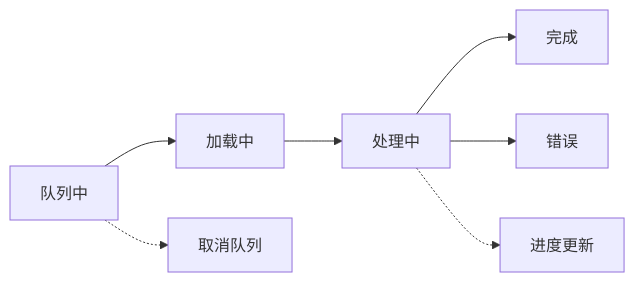
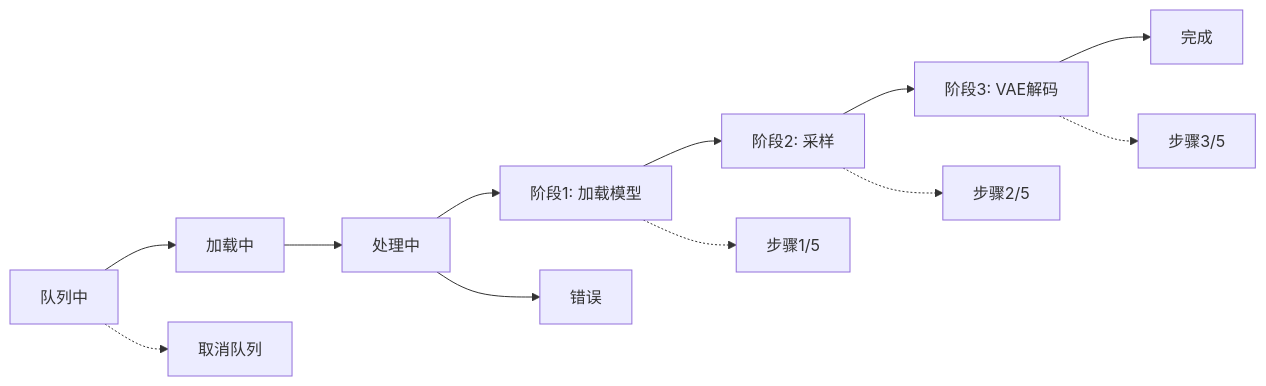
The seventh of 8 diagrams in .qoder/repowiki/zh/content/用户界面组件/核心界面组件/图片卡片组件 (ImageCard)/图片卡片组件 (ImageCard).md (billye220670/CorineKit_Pix2Real), drawn with Mermaid before and after one commit. The commit also changed other lines of this file and 13 other files, not shown here.

````diff
--- a/.qoder/repowiki/zh/content/用户界面组件/核心界面组件/图片卡片组件 (ImageCard)/图片卡片组件 (ImageCard).md
+++ b/.qoder/repowiki/zh/content/用户界面组件/核心界面组件/图片卡片组件 (ImageCard)/图片卡片组件 (ImageCard).md
@@ -330,9 +345,14 @@
 ```mermaid
 flowchart LR
 Queued[队列中] --> Loading[加载中]
 Loading --> Processing[处理中]
-Processing --> Done[完成]
+Processing --> Stage1[阶段1: 加载模型]
+Stage1 --> Stage2[阶段2: 采样]
+Stage2 --> Stage3[阶段3: VAE解码]
+Stage3 --> Done[完成]
 Processing --> Error[错误]
 Queued -.-> Cancel[取消队列]
-Processing -.-> Progress[进度更新]
+Stage1 -.-> Step1[步骤1/5]
+Stage2 -.-> Step2[步骤2/5]
+Stage3 -.-> Step3[步骤3/5]
 ```
````
